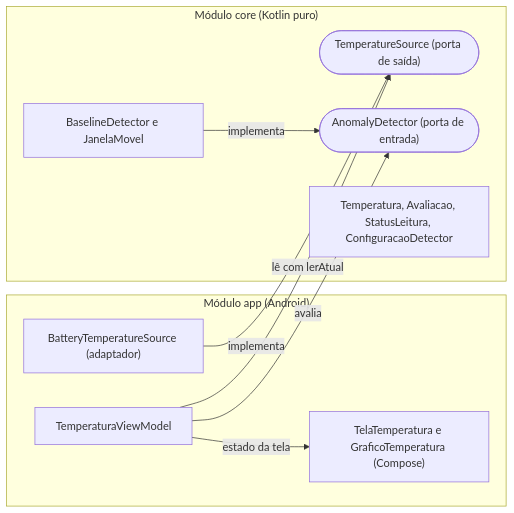
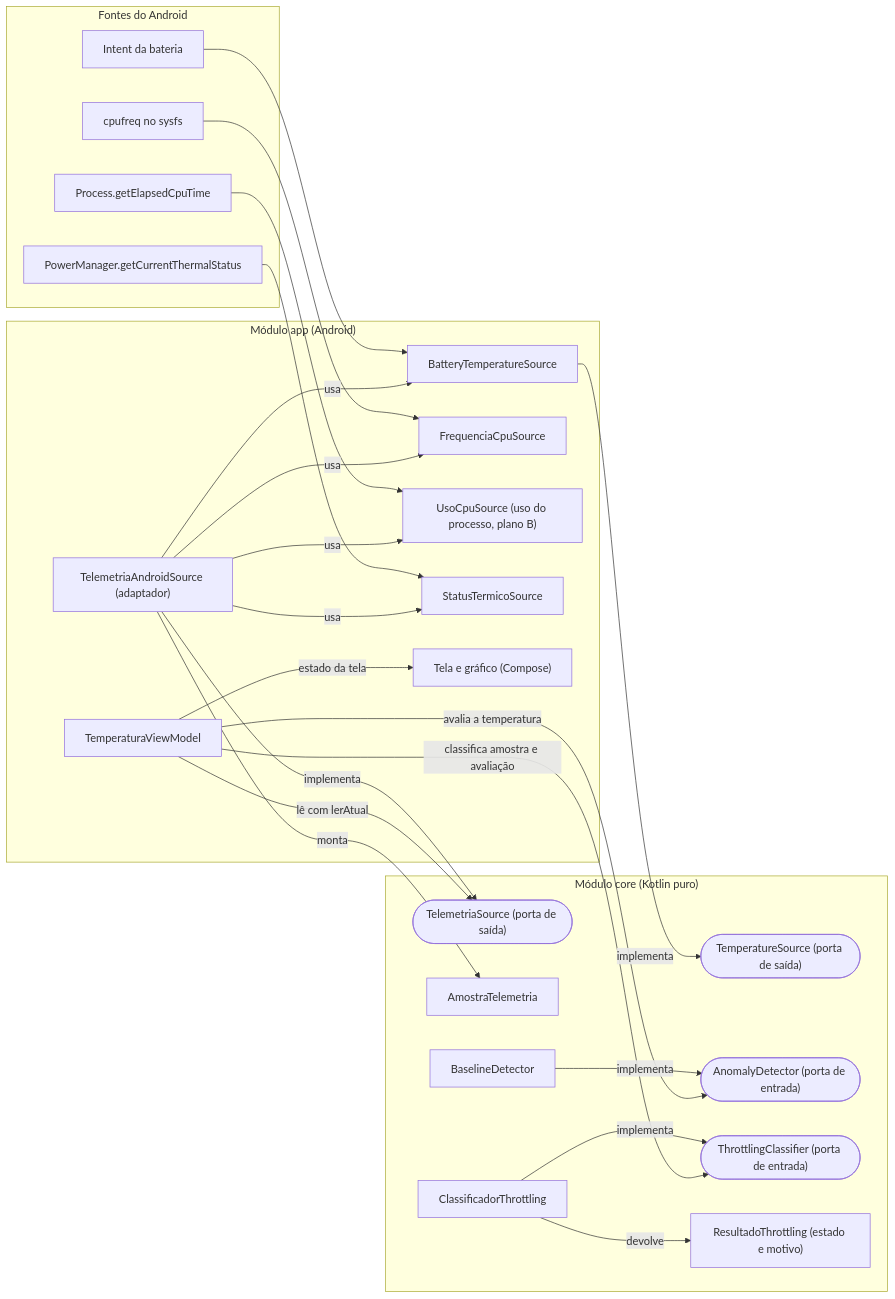
One commit to celiobenj/hornet-seldon changed the diagram in docs/arquitetura.md. Above: the diagram before and after it, drawn with Mermaid. The commit also changed other lines of this file, not shown here.

Commit message:
docs: atualiza arquitetura geral com telemetria e classificador

````diff
--- a/docs/arquitetura.md
+++ b/docs/arquitetura.md
@@ -7,19 +9,46 @@
 ```mermaid
 flowchart LR
+  subgraph android["Fontes do Android"]
+    F1["Intent da bateria"]
+    F2["cpufreq no sysfs"]
+    F3["Process.getElapsedCpuTime"]
+    F4["PowerManager.getCurrentThermalStatus"]
+  end
   subgraph app["Módulo app (Android)"]
-    BS["BatteryTemperatureSource (adaptador)"]
+    BS["BatteryTemperatureSource"]
+    FS["FrequenciaCpuSource"]
+    US["UsoCpuSource (uso do processo, plano B)"]
+    ST["StatusTermicoSource"]
+    TA["TelemetriaAndroidSource (adaptador)"]
     VM["TemperaturaViewModel"]
-    UI["TelaTemperatura e GraficoTemperatura (Compose)"]
+    UI["Tela e gráfico (Compose)"]
   end
   subgraph core["Módulo core (Kotlin puro)"]
-    TS(["TemperatureSource (porta de saída)"])
+    TE(["TemperatureSource (porta de saída)"])
+    TS(["TelemetriaSource (porta de saída)"])
+    AM["AmostraTelemetria"]
     AD(["AnomalyDetector (porta de entrada)"])
-    BD["BaselineDetector e JanelaMovel"]
-    MD["Temperatura, Avaliacao, StatusLeitura, ConfiguracaoDetector"]
+    BD["BaselineDetector"]
+    TC(["ThrottlingClassifier (porta de entrada)"])
+    CT["ClassificadorThrottling"]
+    RT["ResultadoThrottling (estado e motivo)"]
   end
-  BS -- implementa --> TS
+  F1 --> BS
+  F2 --> FS
+  F3 --> US
+  F4 --> ST
+  BS -- implementa --> TE
+  TA -- implementa --> TS
+  TA -- usa --> BS
+  TA -- usa --> FS
+  TA -- usa --> US
+  TA -- usa --> ST
+  TA -- monta --> AM
   BD -- implementa --> AD
+  CT -- implementa --> TC
+  CT -- devolve --> RT
   VM -- lê com lerAtual --> TS
-  VM -- avalia --> AD
+  VM -- avalia a temperatura --> AD
+  VM -- classifica amostra e avaliação --> TC
   VM -- estado da tela --> UI
 ```
````
